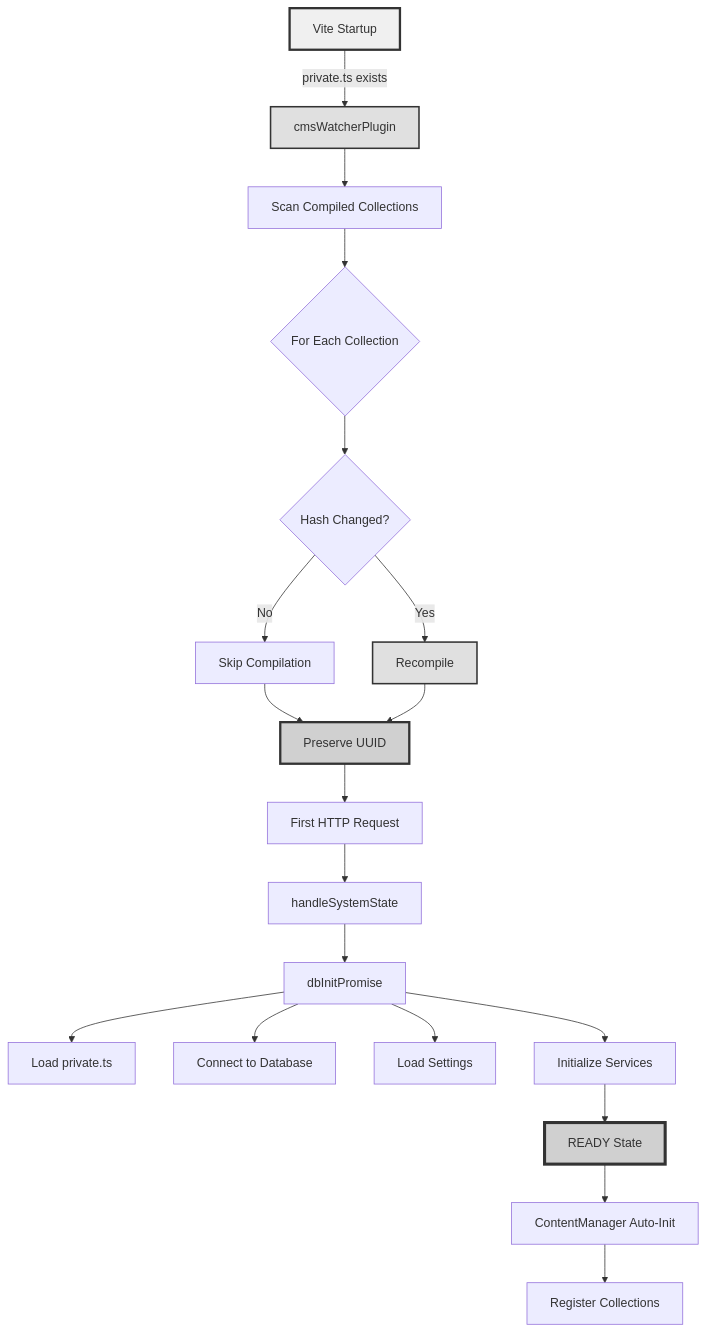
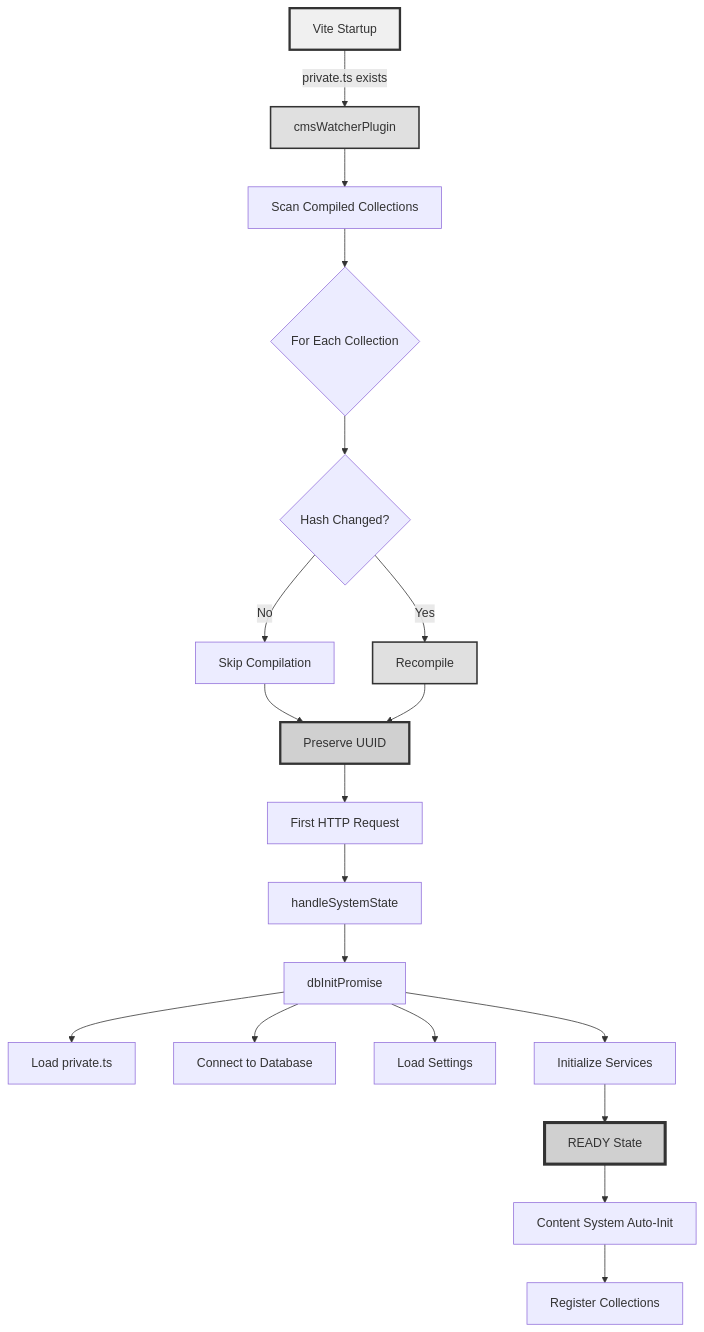
One commit to TamoorArif/SveltyCMS changed the third of 9 diagrams in docs/architecture/initialization-workflow.mdx. Above: the diagram before and after it, drawn with Mermaid. The commit also changed other lines of this file and 118 other files, not shown here.

Commit message:
refactor: consolidate content management logic by replacing legacy modules with unified store and service layers and updating setup wizard architecture.

````diff
--- a/docs/architecture/initialization-workflow.mdx
+++ b/docs/architecture/initialization-workflow.mdx
@@ -606,31 +606,31 @@
 ```mermaid
 graph TB
     A[Vite Startup] -->|private.ts exists| B[cmsWatcherPlugin]
     B --> C[Scan Compiled Collections]
     C --> D{For Each Collection}
 
     D --> E{Hash Changed?}
     E -->|No| F[Skip Compilation]
     E -->|Yes| G[Recompile]
 
     F --> H[Preserve UUID]
     G --> H
 
     H --> I[First HTTP Request]
     I --> J[handleSystemState]
     J --> K[dbInitPromise]
     K --> L[Load private.ts]
     K --> M[Connect to Database]
     K --> N[Load Settings]
     K --> O[Initialize Services]
 
     O --> P[READY State]
-    P --> Q[ContentManager Auto-Init]
+    P --> Q[Content System Auto-Init]
     Q --> R[Register Collections]
 
     style A fill:#f0f0f0,stroke:#333,stroke-width:3px
     style B fill:#e0e0e0,stroke:#333,stroke-width:2px
     style G fill:#e0e0e0,stroke:#333,stroke-width:2px
     style H fill:#d0d0d0,stroke:#333,stroke-width:3px
     style P fill:#d0d0d0,stroke:#333,stroke-width:4px
 ```
````
